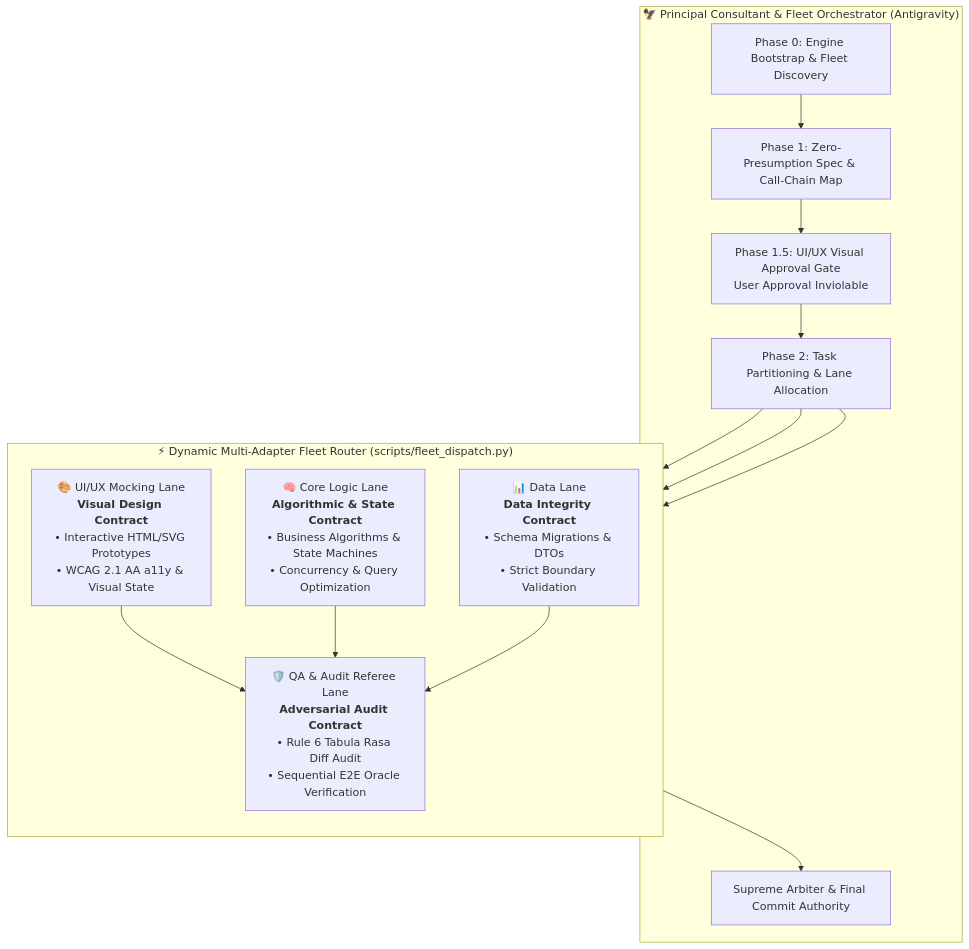
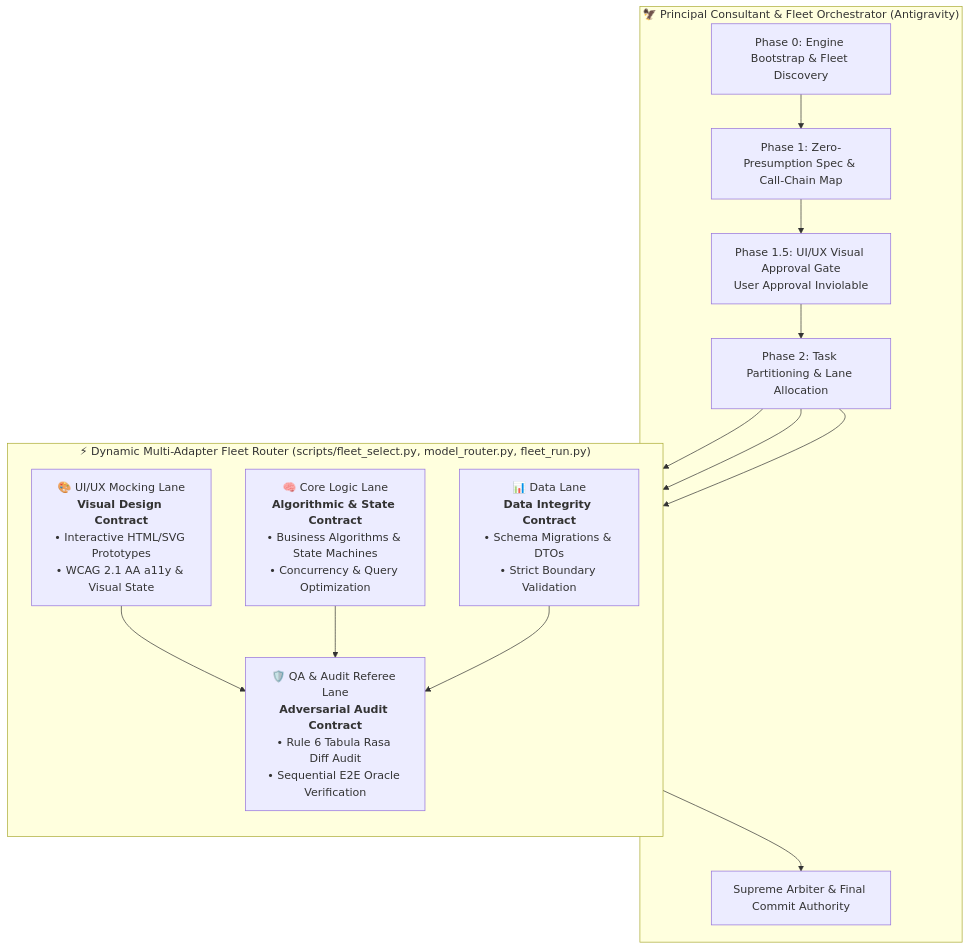
Before and after one commit to sherifrad/multi-agent-collaborative-audit: the first of 4 diagrams in docs/FLEET_AND_V2_REFERENCE.md, drawn with Mermaid. The commit also changed other lines of this file and 18 other files, not shown here.

First line of the commit message:
feat(routing): model_router.py (tiers, effort, measured risk, call budget), fleet_run.py, solo roster; retire fleet_dispatch/lane_fallback

````diff
--- a/docs/FLEET_AND_V2_REFERENCE.md
+++ b/docs/FLEET_AND_V2_REFERENCE.md
@@ -60,28 +60,28 @@
 ```mermaid
 flowchart TD
     subgraph Lead["🦅 Principal Consultant & Fleet Orchestrator (Antigravity)"]
         Boot["Phase 0: Engine Bootstrap & Fleet Discovery"]
         Spec["Phase 1: Zero-Presumption Spec & Call-Chain Map"]
         MockGate["Phase 1.5: UI/UX Visual Approval Gate<br/>User Approval Inviolable"]
         Plan["Phase 2: Task Partitioning & Lane Allocation"]
         Arbiter["Supreme Arbiter & Final Commit Authority"]
     end
 
     Boot --> Spec --> MockGate --> Plan
 
-    subgraph DynamicRouter["⚡ Dynamic Multi-Adapter Fleet Router (scripts/fleet_dispatch.py)"]
+    subgraph DynamicRouter["⚡ Dynamic Multi-Adapter Fleet Router (scripts/fleet_select.py, model_router.py, fleet_run.py)"]
         direction TB
         UI["🎨 UI/UX Mocking Lane<br/><b>Visual Design Contract</b><br/>• Interactive HTML/SVG Prototypes<br/>• WCAG 2.1 AA a11y & Visual State"]
         Logic["🧠 Core Logic Lane<br/><b>Algorithmic & State Contract</b><br/>• Business Algorithms & State Machines<br/>• Concurrency & Query Optimization"]
         Data["📊 Data Lane<br/><b>Data Integrity Contract</b><br/>• Schema Migrations & DTOs<br/>• Strict Boundary Validation"]
         Audit["🛡️ QA & Audit Referee Lane<br/><b>Adversarial Audit Contract</b><br/>• Rule 6 Tabula Rasa Diff Audit<br/>• Sequential E2E Oracle Verification"]
     end
 
     Plan --> UI
     Plan --> Logic
     Plan --> Data
     UI --> Audit
     Logic --> Audit
     Data --> Audit
     Audit --> Arbiter
 ```
````
